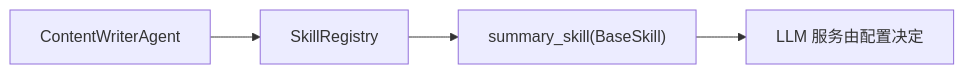
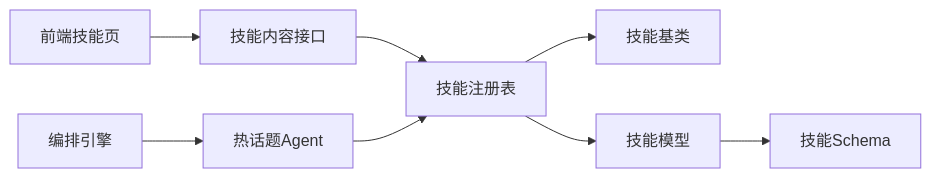
One commit to sansansansansan2022-web/hotclaw changed the fourth of 4 diagrams in .qoder/repowiki/zh/content/技能系统/内置技能实现/摘要技能.md. Above: the diagram before and after it, drawn with Mermaid. The commit also changed other lines of this file and 288 other files, not shown here.

````diff
--- a/.qoder/repowiki/zh/content/技能系统/内置技能实现/摘要技能.md
+++ b/.qoder/repowiki/zh/content/技能系统/内置技能实现/摘要技能.md
@@ -258,6 +212,10 @@
 ```mermaid
 graph LR
-CW["ContentWriterAgent"] --> REG["SkillRegistry"]
-REG --> SUM["summary_skill(BaseSkill)"]
-SUM --> LLM["LLM 服务由配置决定"]
+FE_Page["前端技能页"] --> FE_API_Content["技能内容接口"]
+FE_API_Content --> BE_Registry["技能注册表"]
+BE_Registry --> BE_Base["技能基类"]
+BE_Registry --> BE_Models["技能模型"]
+BE_Models --> BE_Schema["技能Schema"]
+BE_HotTopic["热话题Agent"] --> BE_Registry
+BE_Engine["编排引擎"] --> BE_HotTopic
 ```
````
